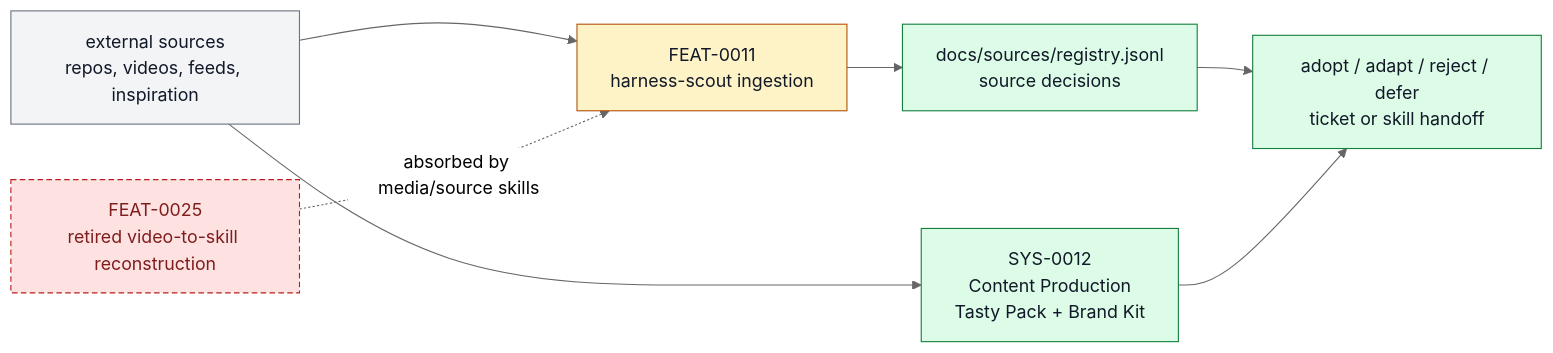
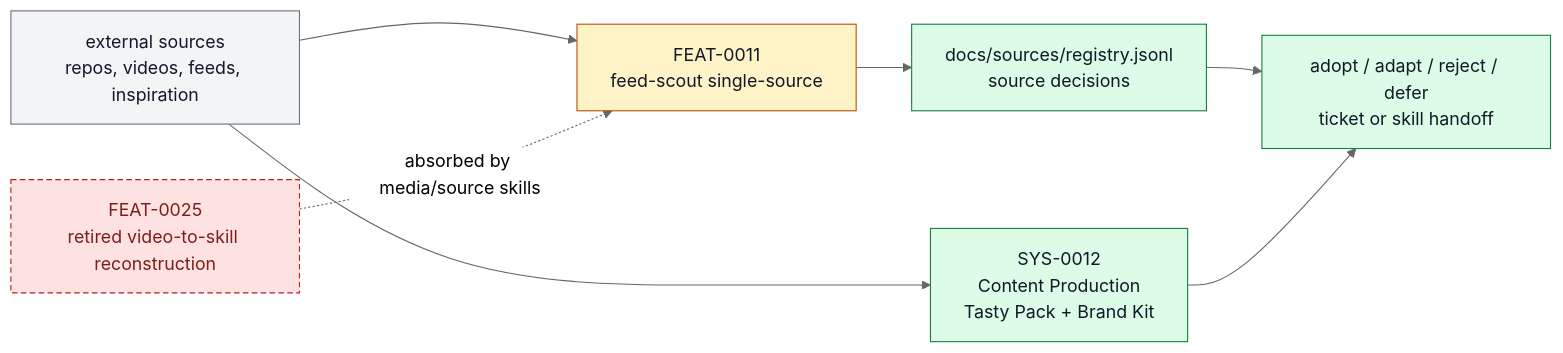
The diagram in docs/systems/source-sidecar-systems.md (ZanarkandTechnologies/Farplane), drawn with Mermaid (neutral theme) before and after one commit. The commit also changed other lines of this file and 647 other files, not shown here.

````diff
--- a/docs/systems/source-sidecar-systems.md
+++ b/docs/systems/source-sidecar-systems.md
@@ -96,18 +96,18 @@
 ```mermaid
 flowchart LR
   classDef keep fill:#f3f4f6,stroke:#6b7280,color:#111827
   classDef changed fill:#fef3c7,stroke:#b45309,color:#111827
   classDef added fill:#dcfce7,stroke:#15803d,color:#111827
   classDef retired fill:#fee2e2,stroke:#b91c1c,color:#7f1d1d,stroke-dasharray: 5 3
 
   sources["external sources<br/>repos, videos, feeds, inspiration"]:::keep
-  scout["FEAT-0011<br/>harness-scout ingestion"]:::changed
+  scout["FEAT-0011<br/>feed-scout single-source"]:::changed
   retired["FEAT-0025<br/>retired video-to-skill reconstruction"]:::retired
   content["SYS-0012<br/>Content Production<br/>Tasty Pack + Brand Kit"]:::added
   registry["docs/sources/registry.jsonl<br/>source decisions"]:::added
   handoff["adopt / adapt / reject / defer<br/>ticket or skill handoff"]:::added
 
   sources --> scout --> registry --> handoff
   sources --> content --> handoff
   retired -. "absorbed by media/source skills" .-> scout
 ```
````
